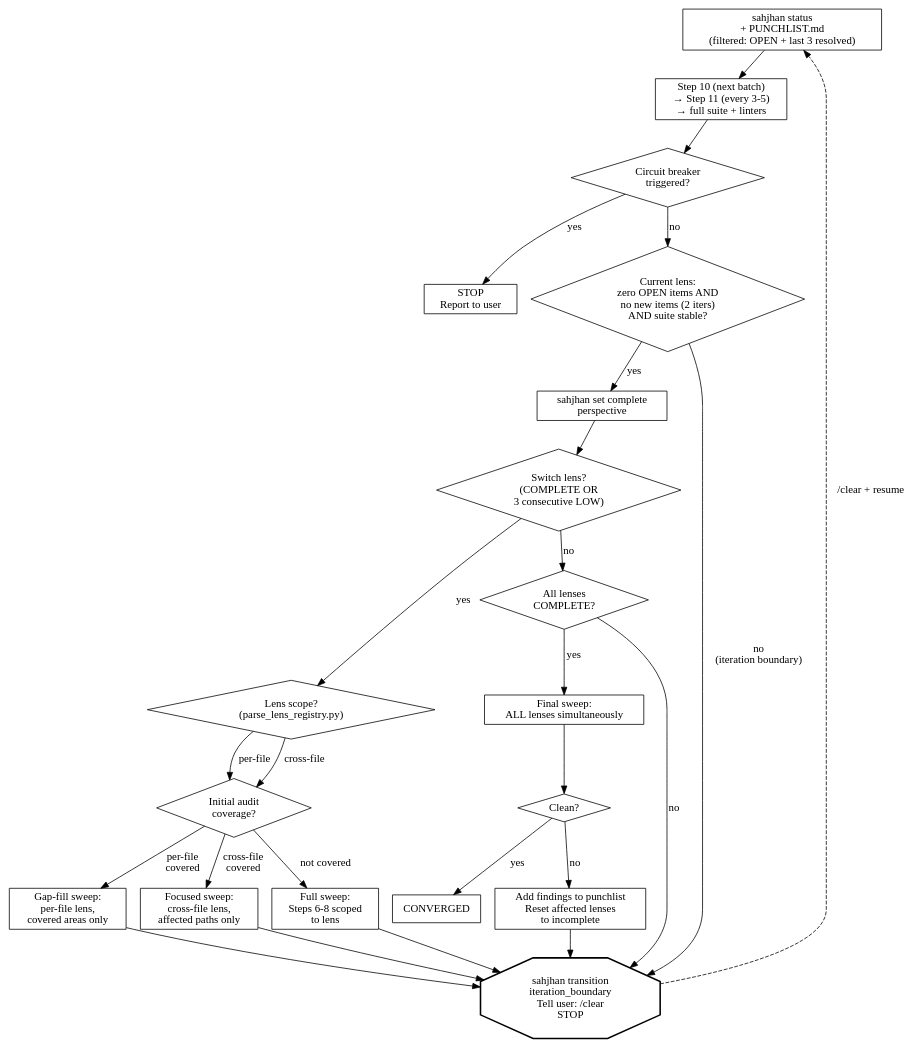
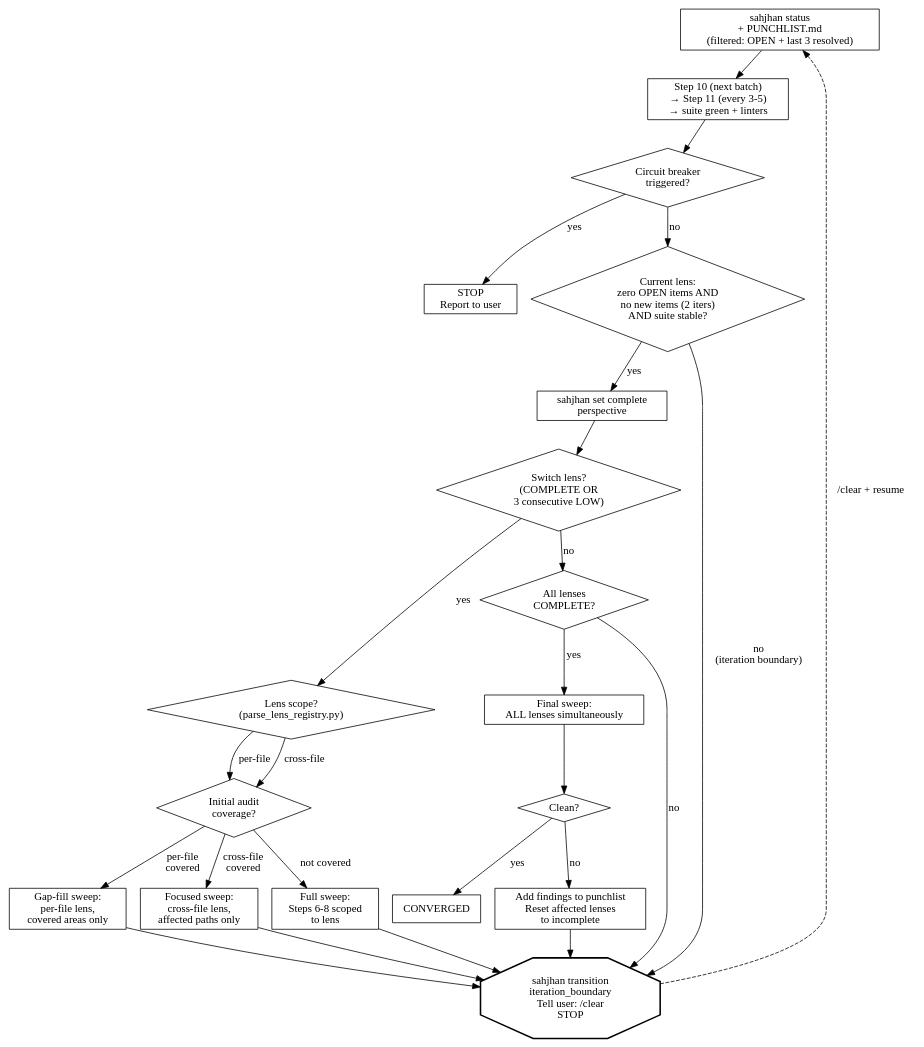
One commit to jbrjake/holtz changed the diagram in skills/holtz/references/phase-fix-loop.md. Above: the diagram before and after it, drawn with Graphviz. The commit also changed other lines of this file and 15 other files, not shown here.

````diff
--- a/skills/holtz/references/phase-fix-loop.md
+++ b/skills/holtz/references/phase-fix-loop.md
@@ -173,50 +176,50 @@
 ```dot
 digraph {
   rankdir=TB
   node [shape=box]
 
   recover [label="sahjhan status\n+ PUNCHLIST.md\n(filtered: OPEN + last 3 resolved)"]
-  fix_loop [label="Step 10 (next batch)\n→ Step 11 (every 3-5)\n→ full suite + linters"]
+  fix_loop [label="Step 10 (next batch)\n→ Step 11 (every 3-5)\n→ suite green + linters"]
   breaker [label="Circuit breaker\ntriggered?" shape=diamond]
   stop [label="STOP\nReport to user"]
   lens_clean [label="Current lens:\nzero OPEN items AND\nno new items (2 iters)\nAND suite stable?" shape=diamond]
   mark [label="sahjhan set complete\nperspective"]
   switch [label="Switch lens?\n(COMPLETE OR\n3 consecutive LOW)" shape=diamond]
   scope_check [label="Lens scope?\n(parse_lens_registry.py)" shape=diamond]
   gap_fill [label="Gap-fill sweep:\nper-file lens,\ncovered areas only"]
   focused [label="Focused sweep:\ncross-file lens,\naffected paths only"]
   full_sweep [label="Full sweep:\nSteps 6-8 scoped\nto lens"]
   coverage [label="Initial audit\ncoverage?" shape=diamond]
   all_done [label="All lenses\nCOMPLETE?" shape=diamond]
   final [label="Final sweep:\nALL lenses simultaneously"]
   clean [label="Clean?" shape=diamond]
   converged [label="CONVERGED"]
   reset [label="Add findings to punchlist\nReset affected lenses\nto incomplete"]
   boundary [label="sahjhan transition\niteration_boundary\nTell user: /clear\nSTOP" shape=octagon style=bold]
 
   recover -> fix_loop
   fix_loop -> breaker
   breaker -> stop [label="yes"]
   breaker -> lens_clean [label="no"]
   lens_clean -> mark [label="yes"]
   lens_clean -> boundary [label="no\n(iteration boundary)"]
   mark -> switch
   switch -> scope_check [label="yes"]
   switch -> all_done [label="no"]
   scope_check -> coverage [label="per-file"]
   scope_check -> coverage [label="cross-file"]
   coverage -> gap_fill [label="per-file\ncovered"]
   coverage -> focused [label="cross-file\ncovered"]
   coverage -> full_sweep [label="not covered"]
   gap_fill -> boundary
   focused -> boundary
   full_sweep -> boundary
   all_done -> final [label="yes"]
   all_done -> boundary [label="no"]
   final -> clean
   clean -> converged [label="yes"]
   clean -> reset [label="no"]
   reset -> boundary
   boundary -> recover [style=dashed label="/clear + resume"]
 }
 ```
````
